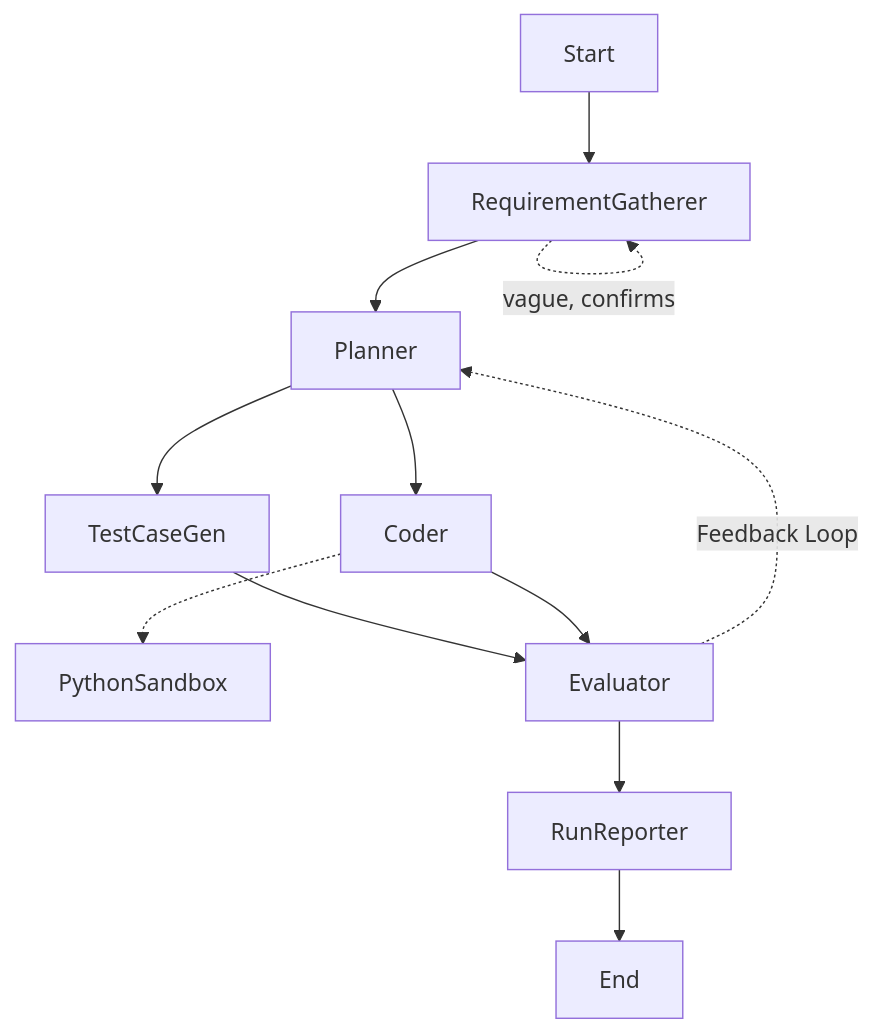
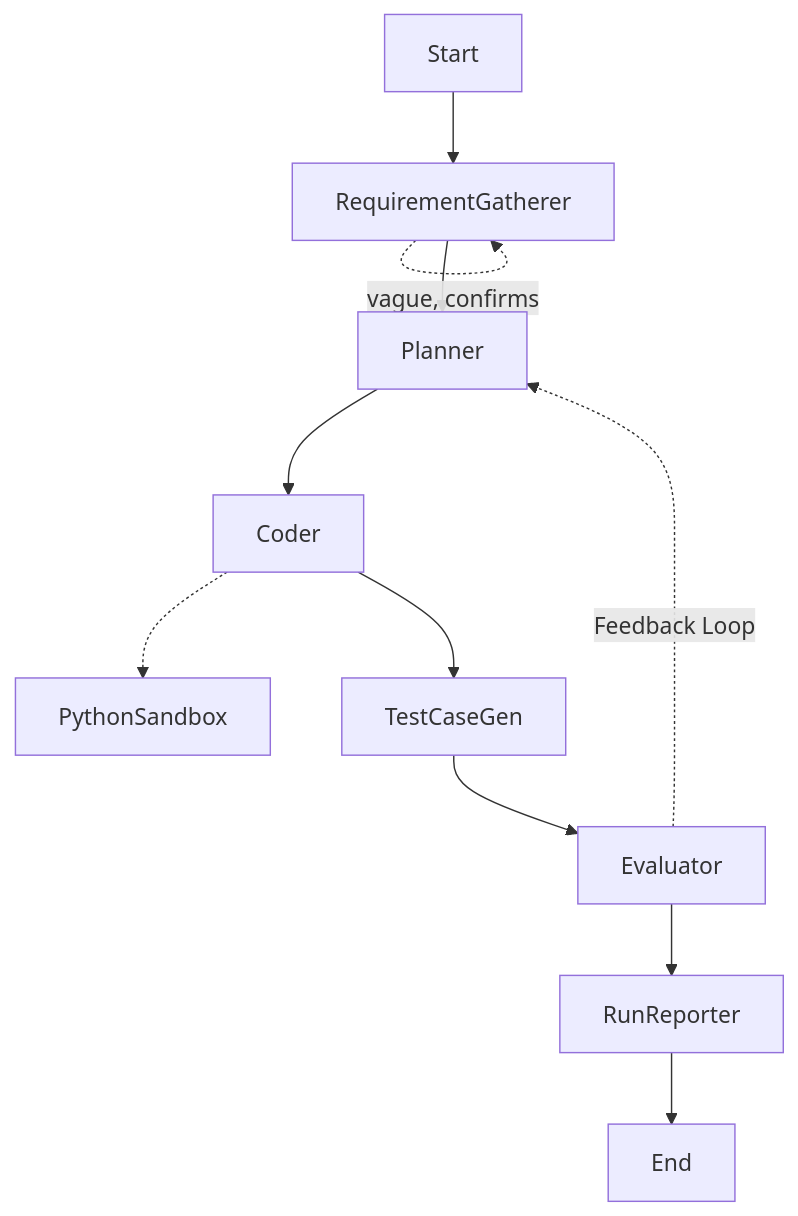
One commit to kuralamuthan300/leetcode_agent changed the diagram in plan/architecture.md. Above: the diagram before and after it, drawn with Mermaid. The commit also changed other lines of this file and 5 other files, not shown here.

Commit message:
Step 12: sequential planner-coder-tests chain, mechanical short-circuit + error_class

````diff
--- a/plan/architecture.md
+++ b/plan/architecture.md
@@ -18,14 +19,13 @@
 ```mermaid
 graph TD
     Start --> RequirementGatherer
     RequirementGatherer -.->|vague, confirms| RequirementGatherer
     RequirementGatherer --> Planner
-    Planner --> TestCaseGen
     Planner --> Coder
     Coder -.-> PythonSandbox
+    Coder --> TestCaseGen
     TestCaseGen --> Evaluator
-    Coder --> Evaluator
     Evaluator -.->|Feedback Loop| Planner
     Evaluator --> RunReporter
     RunReporter --> End
 ```
````
